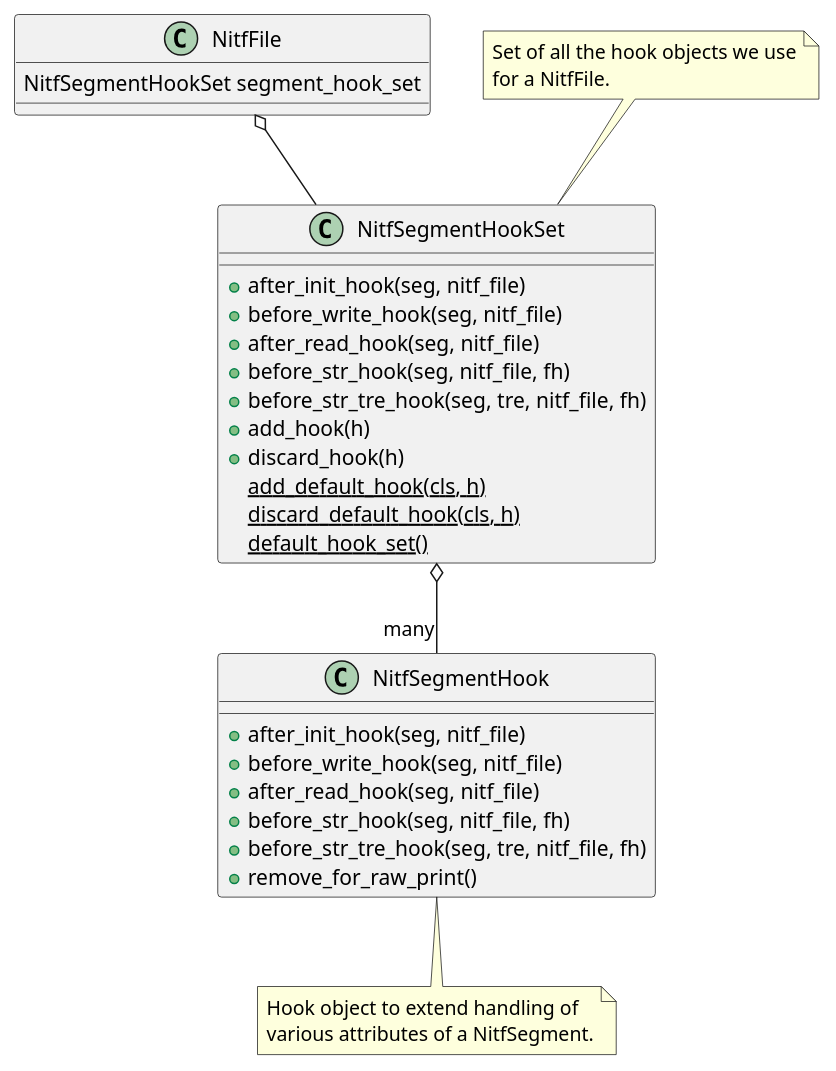
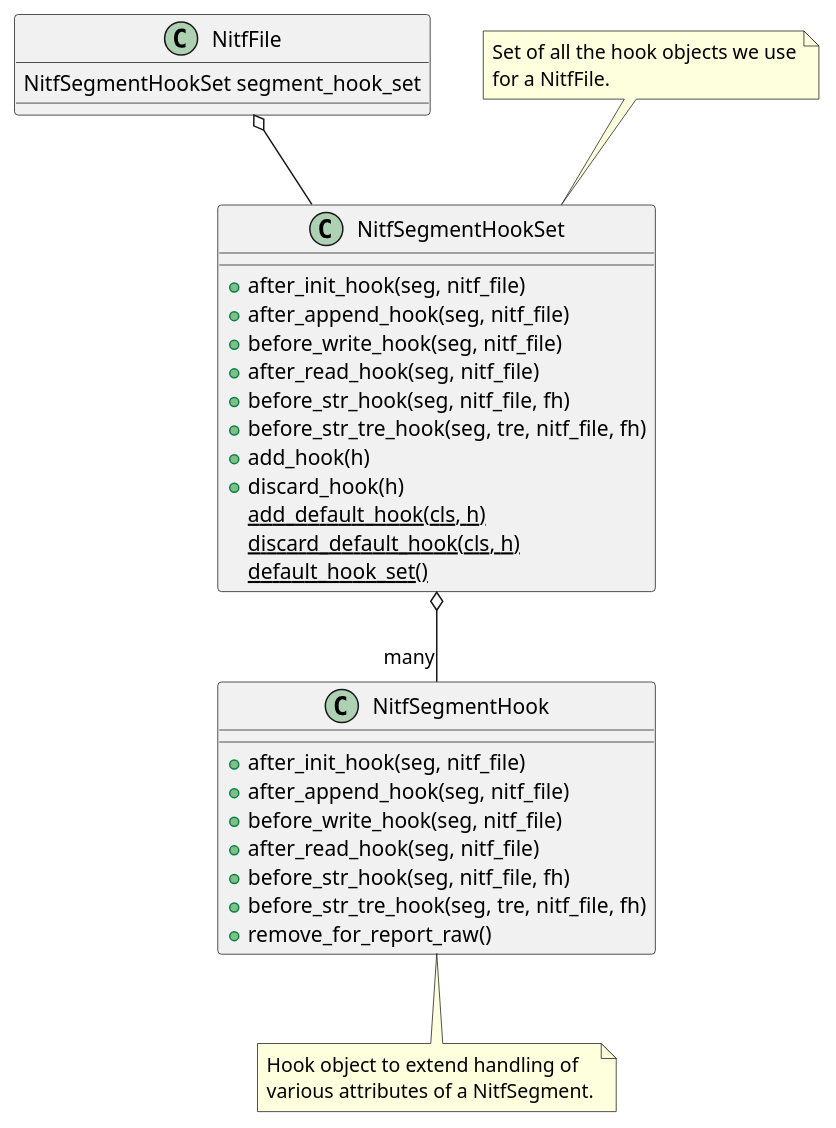
One commit to Cartography-jpl/pynitf changed the third of 6 diagrams in doc/nitf_file.rst. Above: the diagram before and after it, drawn with PlantUML. The commit also changed other lines of this file and 2 other files, not shown here.

```diff
--- a/doc/nitf_file.rst
+++ b/doc/nitf_file.rst
@@ -187,39 +187,41 @@
 .. uml::
    :caption: NitfSegmentHookSet
 
    class NitfFile {
       NitfSegmentHookSet segment_hook_set
    }
 
    class NitfSegmentHookSet {
       +after_init_hook(seg, nitf_file)
+      +after_append_hook(seg, nitf_file)
       +before_write_hook(seg, nitf_file)
       +after_read_hook(seg, nitf_file)
       +before_str_hook(seg, nitf_file, fh)
       +before_str_tre_hook(seg, tre, nitf_file, fh)
       +add_hook(h)
       +discard_hook(h)
       {static} add_default_hook(cls, h)
       {static} discard_default_hook(cls, h)
       {static} default_hook_set()
       }
    note top
      Set of all the hook objects we use
      for a NitfFile.
    end note
 
    class NitfSegmentHook {
       +after_init_hook(seg, nitf_file)
+      +after_append_hook(seg, nitf_file)
       +before_write_hook(seg, nitf_file)
       +after_read_hook(seg, nitf_file)
       +before_str_hook(seg, nitf_file, fh)
       +before_str_tre_hook(seg, tre, nitf_file, fh)
-      +remove_for_raw_print()
+      +remove_for_report_raw()
    }
    note bottom
       Hook object to extend handling of
       various attributes of a NitfSegment.
    end note
    
    NitfFile o--  NitfSegmentHookSet
    NitfSegmentHookSet o-- "many" NitfSegmentHook
```
